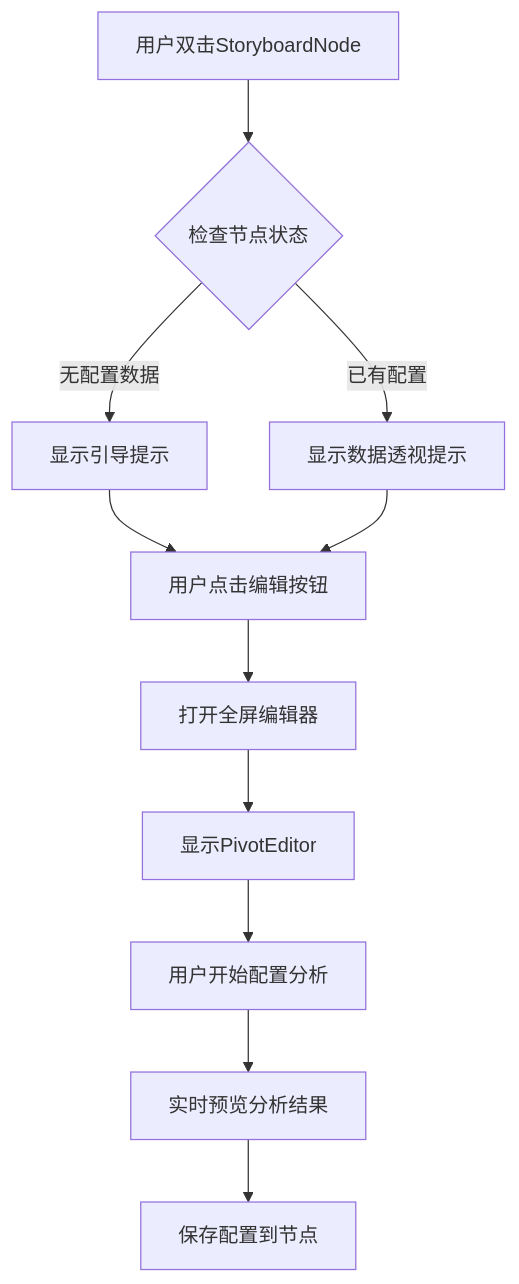
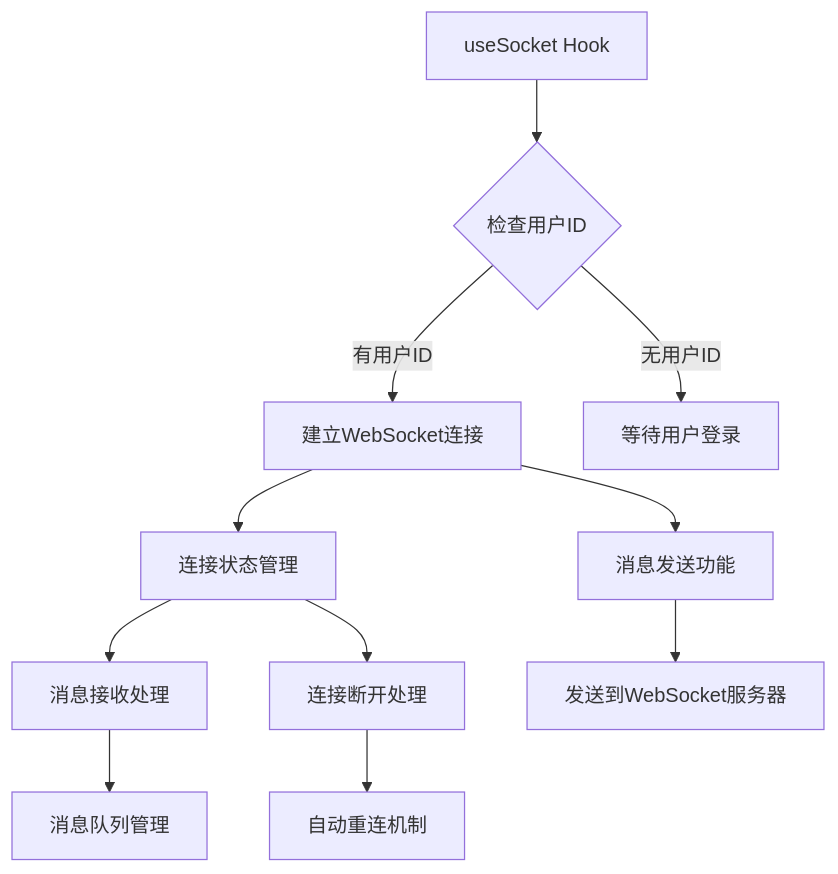
One commit to KunLabAI/KunFlix changed diagram 12 of 25 in .qoder/repowiki/zh/content/系统架构/前端架构/画布故事编辑器.md. Above: the diagram before and after it, drawn with Mermaid. The commit also changed other lines of this file and 15 other files, not shown here.

````diff
--- a/.qoder/repowiki/zh/content/系统架构/前端架构/画布故事编辑器.md
+++ b/.qoder/repowiki/zh/content/系统架构/前端架构/画布故事编辑器.md
@@ -506,13 +560,13 @@
 ```mermaid
 flowchart TD
-A[用户双击StoryboardNode] --> B{检查节点状态}
-B --> |无配置数据| C[显示引导提示]
-B --> |已有配置| D[显示数据透视提示]
-C --> E[用户点击编辑按钮]
-D --> E
-E --> F[打开全屏编辑器]
-F --> G[显示PivotEditor]
-G --> H[用户开始配置分析]
-H --> I[实时预览分析结果]
-I --> J[保存配置到节点]
+A[useSocket Hook] --> B{检查用户ID}
+B --> |有用户ID| C[建立WebSocket连接]
+B --> |无用户ID| D[等待用户登录]
+C --> E[连接状态管理]
+E --> F[消息接收处理]
+F --> G[消息队列管理]
+C --> H[消息发送功能]
+H --> I[发送到WebSocket服务器]
+E --> J[连接断开处理]
+J --> K[自动重连机制]
 ```
````
